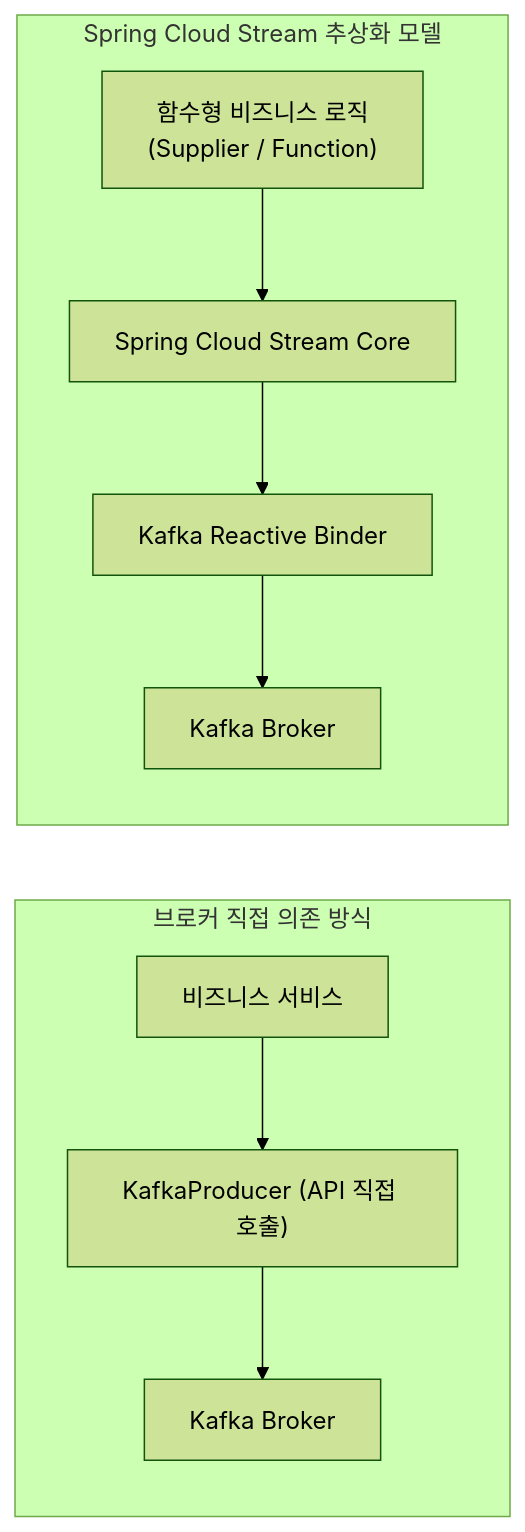
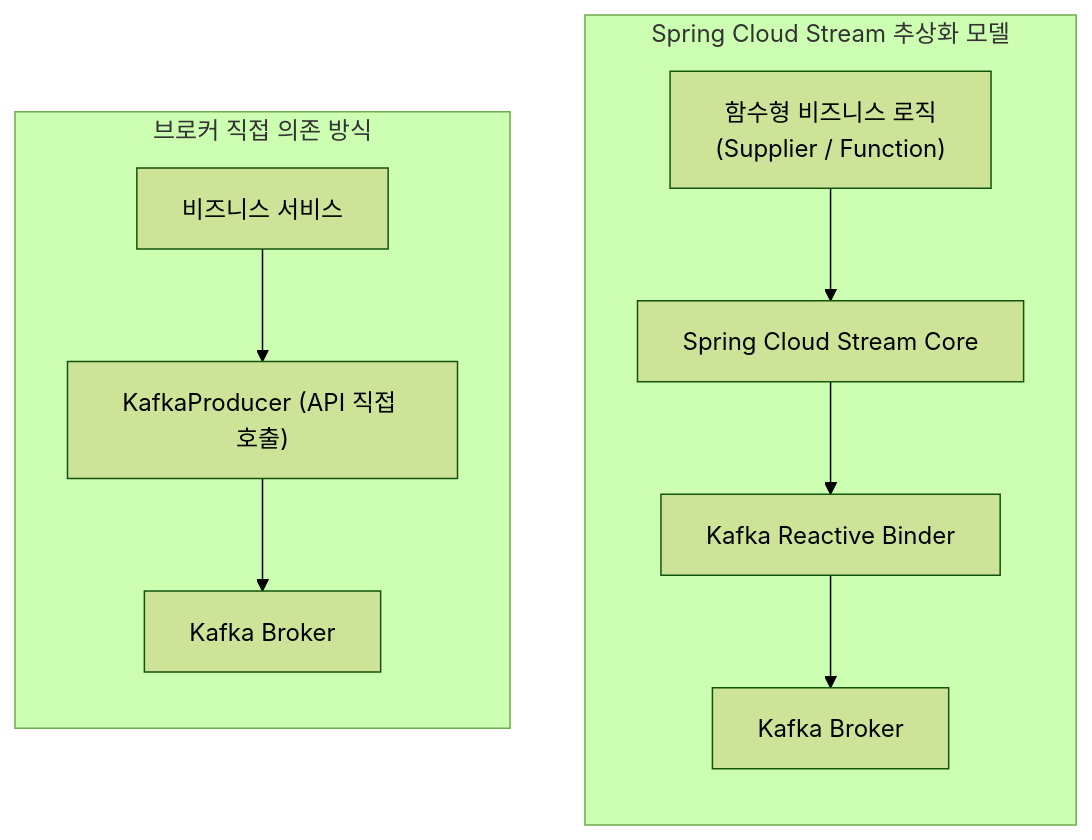
Before and after one commit to yeondububub/blog: the first of 2 diagrams in backend/[20260814]_[Spring Cloud Stream 입문]_[Spring Cloud]_[spring.png]_[Spring Cloud Stream과 Kafka Reactive Binder를 활용한 이벤트 스트리밍 및 Outbox 패턴 구현]_[].md, drawn with Mermaid (forest theme). The commit also changed 7 other files, not shown here.

Commit message:
mermaid배경을 흰색으로 고정

````diff
--- a/backend/[20260814]_[Spring Cloud Stream 입문]_[Spring Cloud]_[spring.png]_[Spring Cloud Stream과 Kafka Reactive Binder를 활용한 이벤트 스트리밍 및 Outbox 패턴 구현]_[].md
+++ b/backend/[20260814]_[Spring Cloud Stream 입문]_[Spring Cloud]_[spring.png]_[Spring Cloud Stream과 Kafka Reactive Binder를 활용한 이벤트 스트리밍 및 Outbox 패턴 구현]_[].md
@@ -15,13 +15,17 @@
 ```mermaid
 flowchart LR
     subgraph Direct_Dependency ["브로커 직접 의존 방식"]
+        direction TB
         Biz1["비즈니스 서비스"] --> KP["KafkaProducer (API 직접 호출)"]
         KP --> Broker1["Kafka Broker"]
     end
 
     subgraph SCS_Abstraction ["Spring Cloud Stream 추상화 모델"]
+        direction TB
         Biz2["함수형 비즈니스 로직<br/>(Supplier / Function)"] --> SCS["Spring Cloud Stream Core"]
         SCS --> Binder["Kafka Reactive Binder"]
         Binder --> Broker2["Kafka Broker"]
     end
+
+    Direct_Dependency ~~~ SCS_Abstraction
 ```
````
